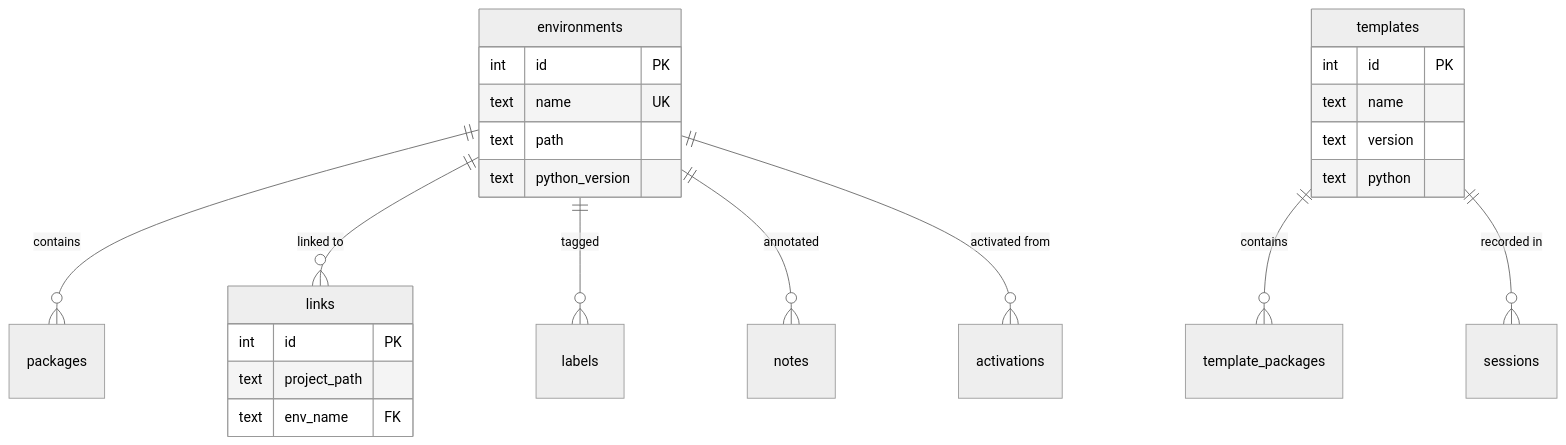
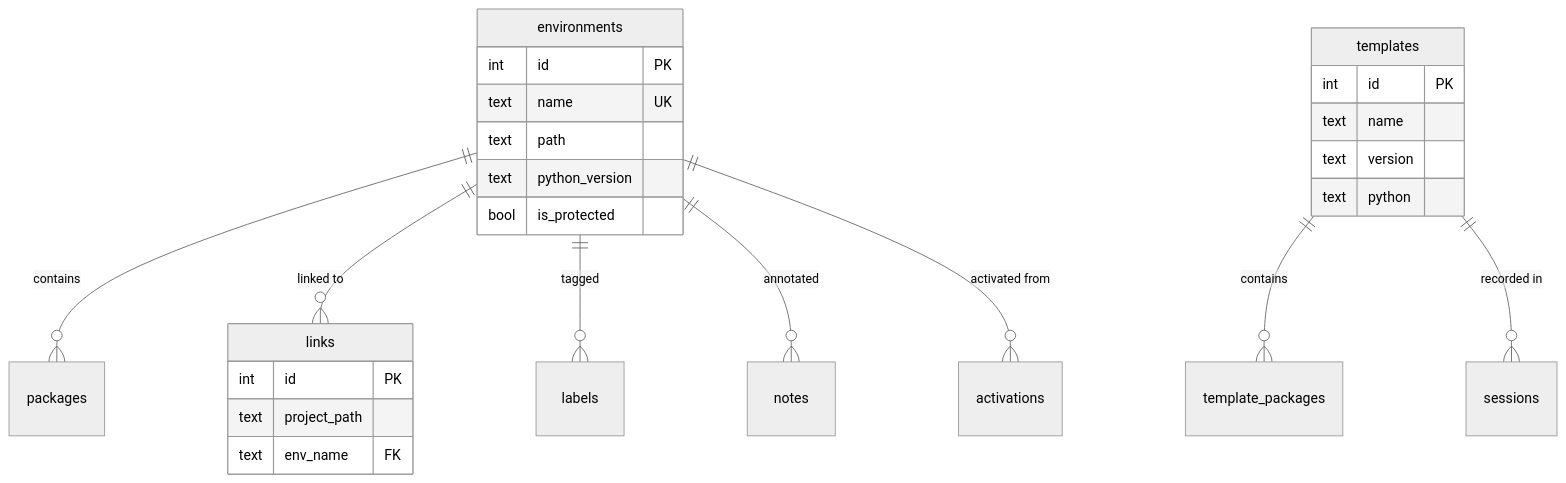
Before and after one commit to vistralis/zen: the third of 3 diagrams in docs/architecture.md, drawn with Mermaid (neutral theme). The commit also changed other lines of this file and 28 other files, not shown here.

````diff
--- a/docs/architecture.md
+++ b/docs/architecture.md
@@ -158,28 +159,29 @@
 ```mermaid
 erDiagram
     environments ||--o{ packages : contains
     environments ||--o{ links : "linked to"
     environments ||--o{ labels : tagged
     environments ||--o{ notes : annotated
     environments ||--o{ activations : "activated from"
     templates ||--o{ template_packages : contains
     templates ||--o{ sessions : "recorded in"
 
     environments {
         int id PK
         text name UK
         text path
         text python_version
+        bool is_protected
     }
     templates {
         int id PK
         text name
         text version
         text python
     }
     links {
         int id PK
         text project_path
         text env_name FK
     }
 ```
````
